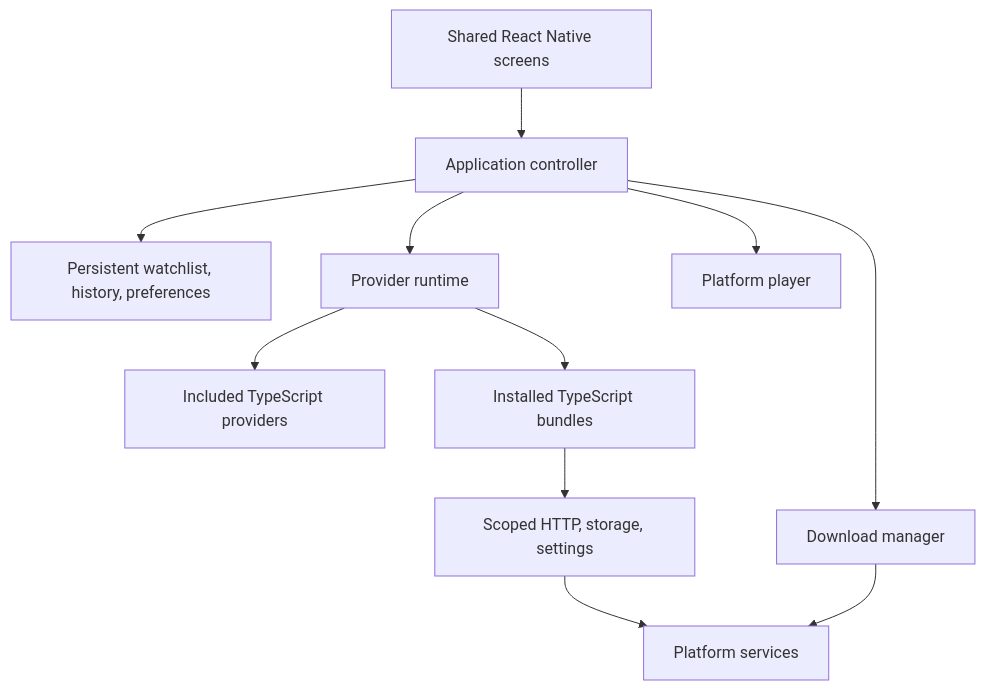
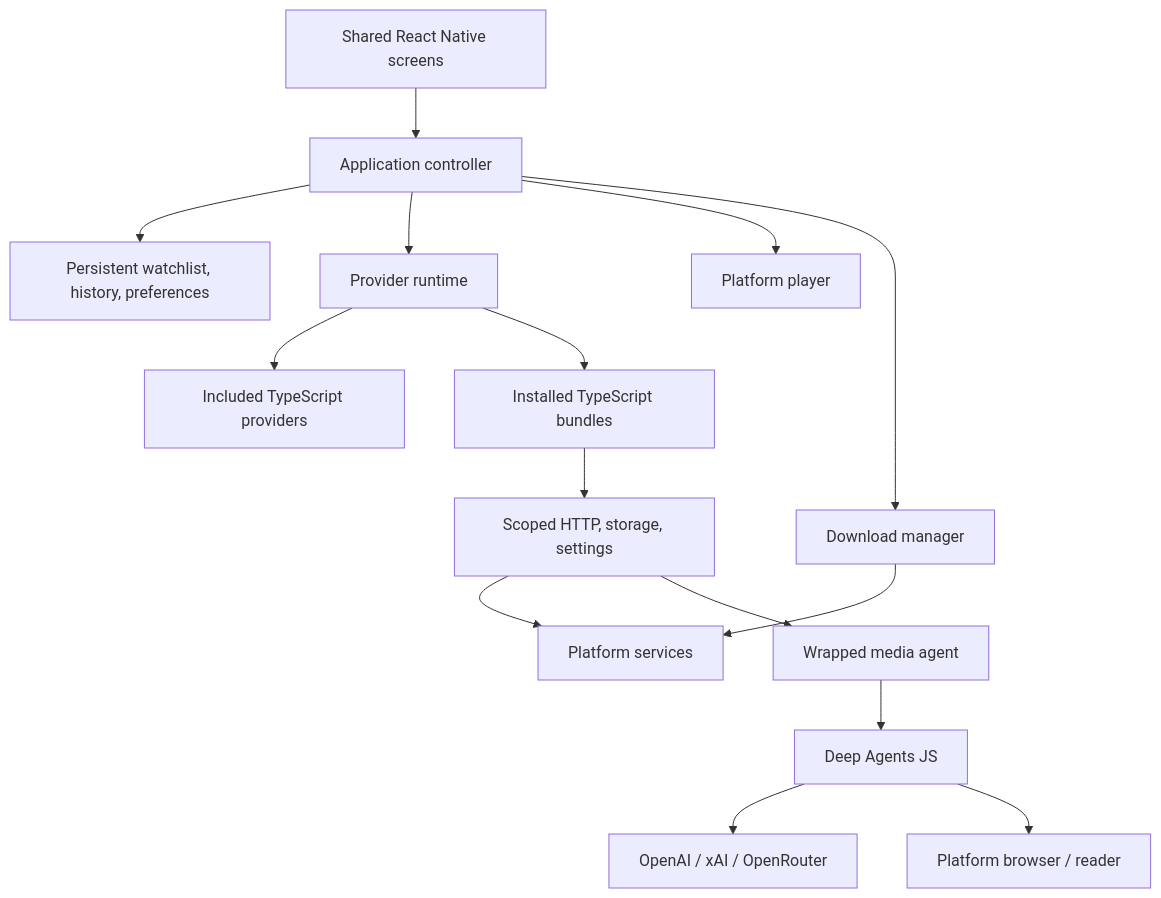
The diagram in docs/architecture.md (iteufel/cinefern), drawn with Mermaid before and after one commit. The commit also changed other lines of this file and 41 other files, not shown here.

Commit message:
Add wrapped Deep Agents media research for providers

````diff
--- a/docs/architecture.md
+++ b/docs/architecture.md
@@ -21,13 +21,17 @@
 ```mermaid
 flowchart TD
   UI[Shared React Native screens] --> App[Application controller]
   App --> Library[Persistent watchlist, history, preferences]
   App --> Runtime[Provider runtime]
   Runtime --> Builtins[Included TypeScript providers]
   Runtime --> Interpreter[Installed TypeScript bundles]
   App --> Player[Platform player]
   App --> Downloads[Download manager]
   Interpreter --> Context[Scoped HTTP, storage, settings]
   Context --> Host[Platform services]
+  Context --> Agent[Wrapped media agent]
+  Agent --> DeepAgents[Deep Agents JS]
+  DeepAgents --> AI[OpenAI / xAI / OpenRouter]
+  DeepAgents --> Browser[Platform browser / reader]
   Downloads --> Host
 ```
````
